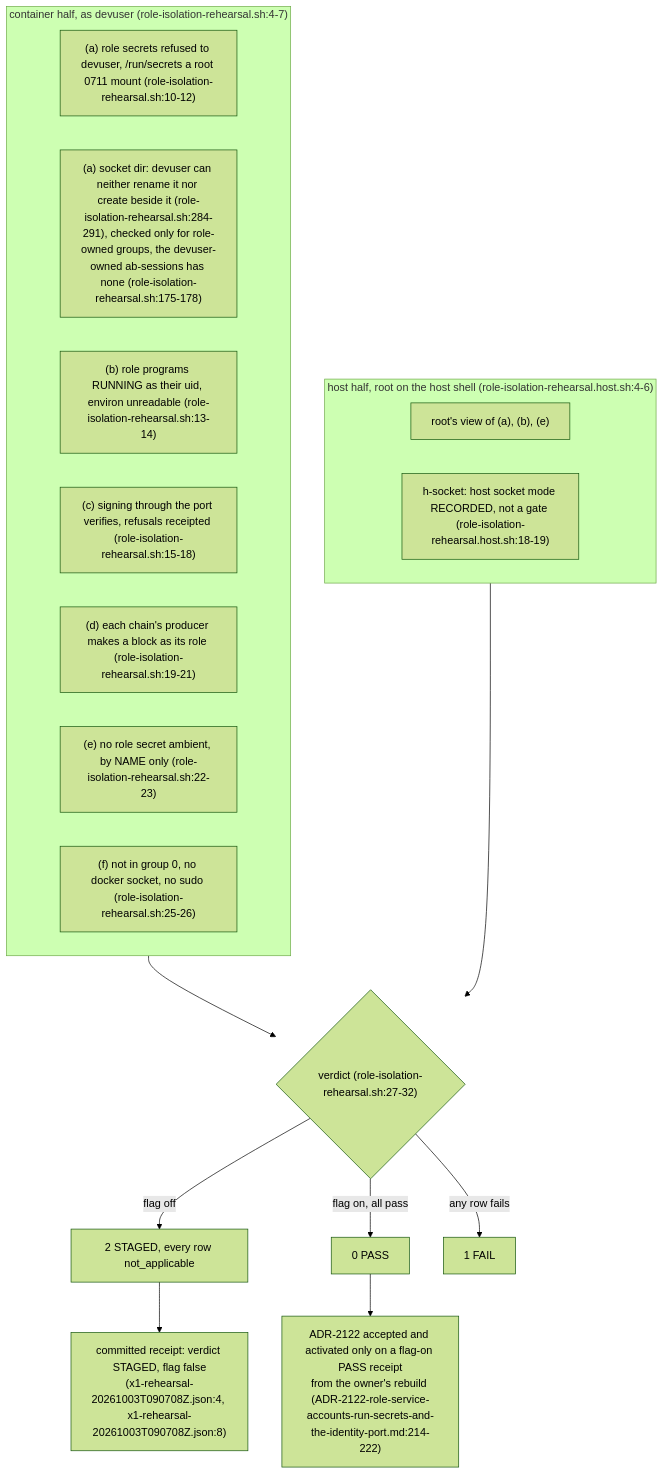
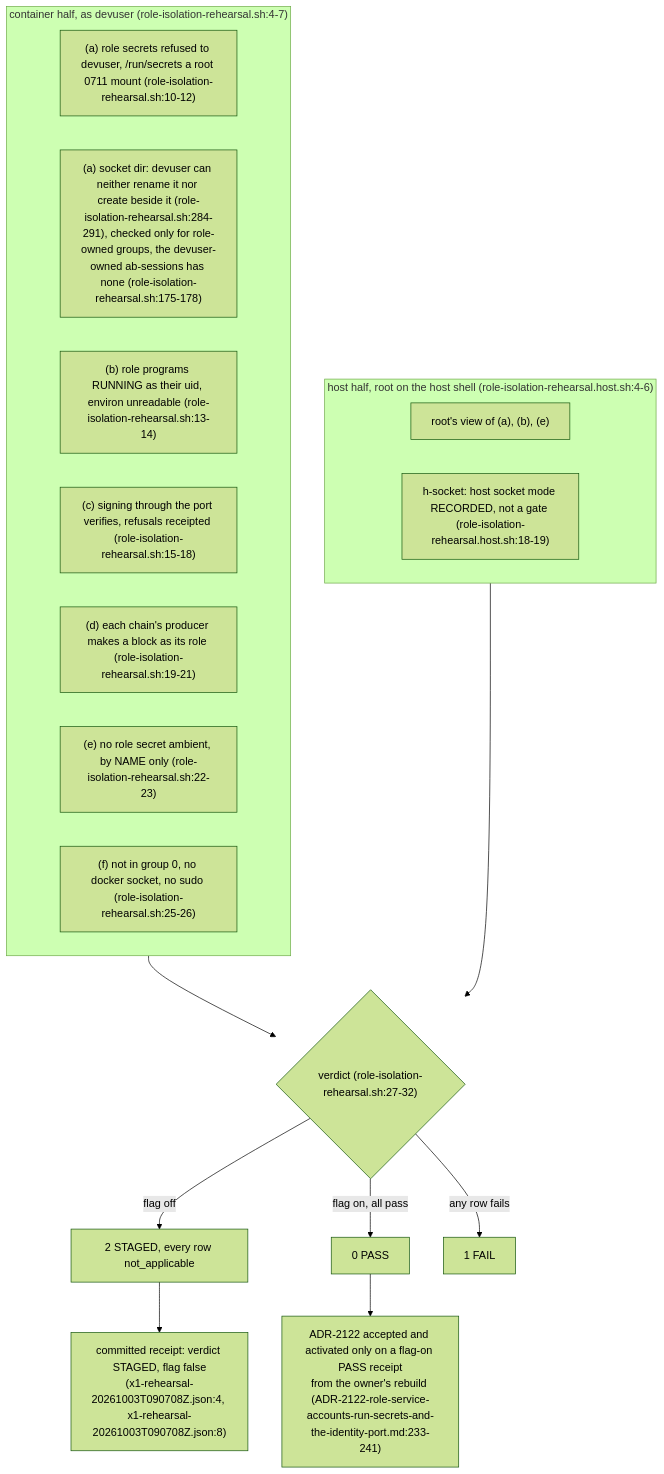
Before and after one commit to DreamLab-AI/VisionFlow: the seventh of 7 diagrams in docs/diagrams/agentbox/36-role-isolation-and-identity-port.md, drawn with Mermaid (forest theme). The commit also changed other lines of this file and 8 other files, not shown here.

First line of the commit message:
docs(diagrams): re-verify the NIP-98 proxy topics and the custody counts at agentbox 0693c761c (VF-DIAGRAM-NIP98-DRIFT)

````diff
--- a/docs/diagrams/agentbox/36-role-isolation-and-identity-port.md
+++ b/docs/diagrams/agentbox/36-role-isolation-and-identity-port.md
@@ -250,24 +253,24 @@
 ```mermaid
 flowchart TB
     subgraph IN["container half, as devuser (role-isolation-rehearsal.sh:4-7)"]
         A["(a) role secrets refused to devuser, /run/secrets a root 0711 mount (role-isolation-rehearsal.sh:10-12)"]
         A2["(a) socket dir: devuser can neither rename it nor create beside it (role-isolation-rehearsal.sh:284-291), checked only for role-owned groups, the devuser-owned ab-sessions has none (role-isolation-rehearsal.sh:175-178)"]
         B["(b) role programs RUNNING as their uid, environ unreadable (role-isolation-rehearsal.sh:13-14)"]
         C["(c) signing through the port verifies, refusals receipted (role-isolation-rehearsal.sh:15-18)"]
         D["(d) each chain's producer makes a block as its role (role-isolation-rehearsal.sh:19-21)"]
         E["(e) no role secret ambient, by NAME only (role-isolation-rehearsal.sh:22-23)"]
         F["(f) not in group 0, no docker socket, no sudo (role-isolation-rehearsal.sh:25-26)"]
     end
     subgraph HOST["host half, root on the host shell (role-isolation-rehearsal.host.sh:4-6)"]
         H1["root's view of (a), (b), (e)"]
         H2["h-socket: host socket mode RECORDED, not a gate (role-isolation-rehearsal.host.sh:18-19)"]
     end
     V{"verdict (role-isolation-rehearsal.sh:27-32)"}
     IN --> V
     HOST --> V
     V -->|"flag off"| ST["2 STAGED, every row not_applicable"]
     V -->|"flag on, all pass"| PA["0 PASS"]
     V -->|"any row fails"| FA["1 FAIL"]
     ST --> REC["committed receipt: verdict STAGED, flag false<br/>(x1-rehearsal-20261003T090708Z.json:4, x1-rehearsal-20261003T090708Z.json:8)"]
-    PA --> ACC["ADR-2122 accepted and activated only on a flag-on PASS receipt<br/>from the owner's rebuild (ADR-2122-role-service-accounts-run-secrets-and-the-identity-port.md:214-222)"]
+    PA --> ACC["ADR-2122 accepted and activated only on a flag-on PASS receipt<br/>from the owner's rebuild (ADR-2122-role-service-accounts-run-secrets-and-the-identity-port.md:233-241)"]
 ```
````
